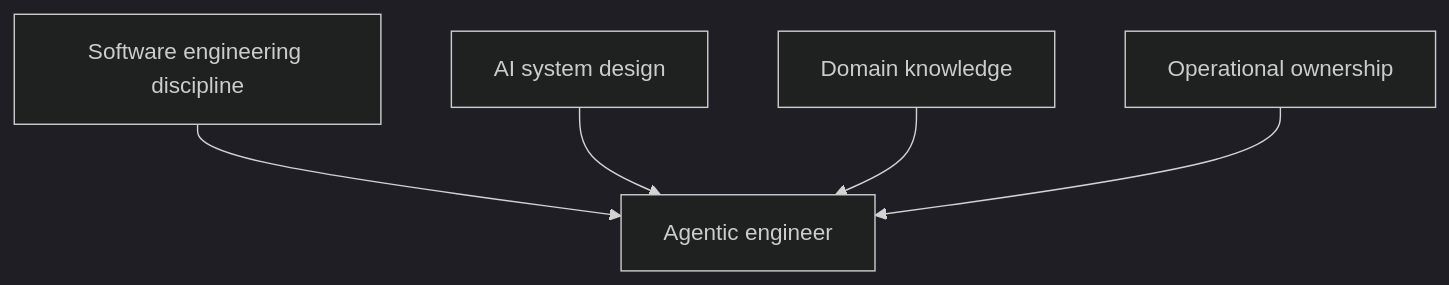
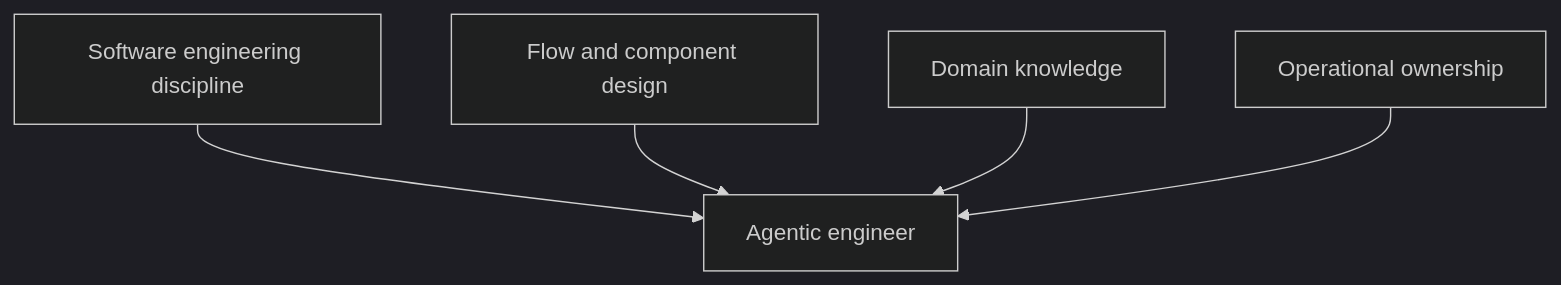
One commit to naren-allam/agents-beginners changed diagram 11 of 13 in book/chapters/chapter-05-transitioning-from-traditional-engineering-to-agentic-ai.md. Above: the diagram before and after it, drawn with Mermaid (dark theme). The commit also changed other lines of this file and 28 other files, not shown here.

````diff
--- a/book/chapters/chapter-05-transitioning-from-traditional-engineering-to-agentic-ai.md
+++ b/book/chapters/chapter-05-transitioning-from-traditional-engineering-to-agentic-ai.md
@@ -374,13 +429,13 @@
 ```mermaid
 flowchart TD
     Engineer["Agentic engineer"]
     Software["Software engineering discipline"]
-    AI["AI system design"]
+    AI["Flow and component design"]
     Domain["Domain knowledge"]
     Operations["Operational ownership"]
 
     Software --> Engineer
     AI --> Engineer
     Domain --> Engineer
     Operations --> Engineer
 ```
````
